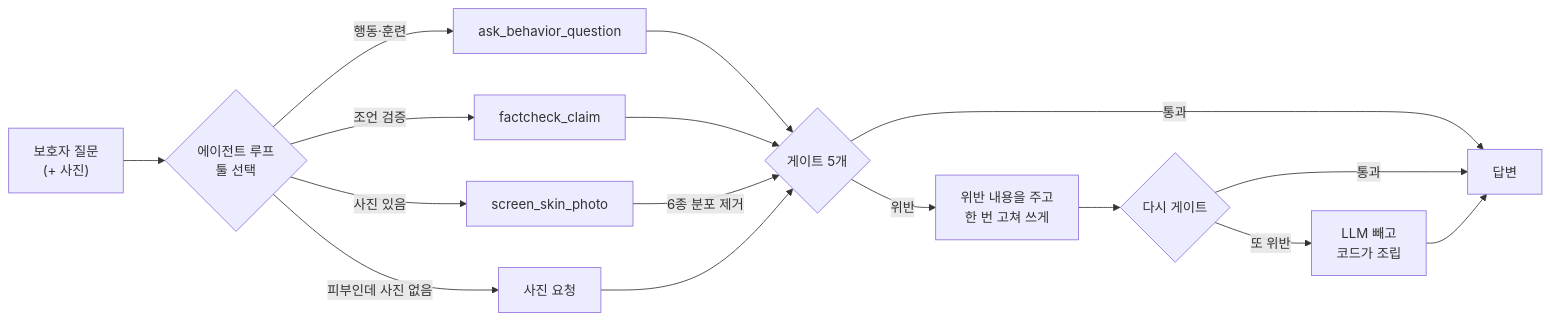
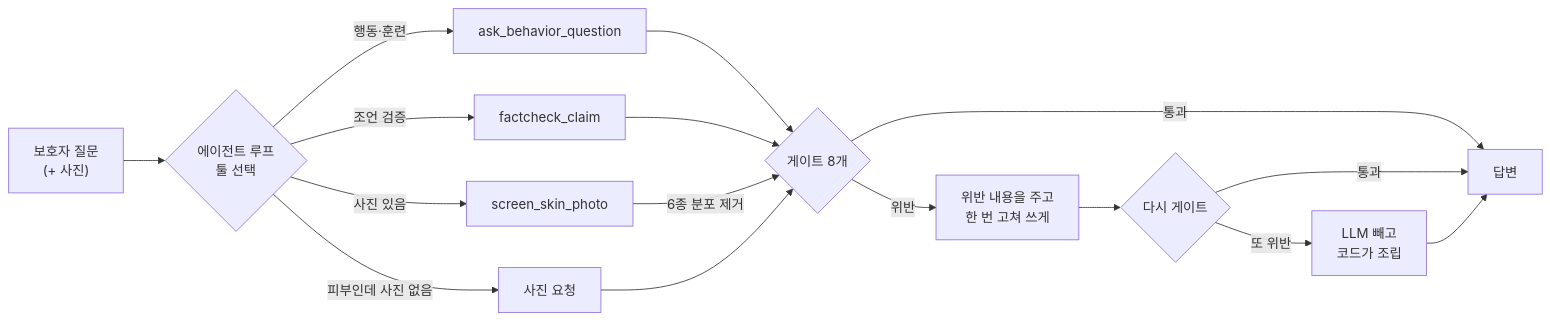
One commit to gayeoniee/dog-care-agent changed the diagram in README.md. Above: the diagram before and after it, drawn with Mermaid. The commit also changed other lines of this file and 10 other files, not shown here.

````diff
--- a/README.md
+++ b/README.md
@@ -116,18 +118,18 @@
 ```mermaid
 flowchart LR
     Q["보호자 질문<br/>(+ 사진)"] --> L{"에이전트 루프<br/>툴 선택"}
     L -->|행동·훈련| R["ask_behavior_question"]
     L -->|조언 검증| F["factcheck_claim"]
     L -->|사진 있음| S["screen_skin_photo"]
     L -->|피부인데 사진 없음| P["사진 요청"]
     R --> G
     F --> G
-    S -->|6종 분포 제거| G{"게이트 5개"}
+    S -->|6종 분포 제거| G{"게이트 8개"}
     P --> G
     G -->|통과| A["답변"]
     G -->|위반| RW["위반 내용을 주고<br/>한 번 고쳐 쓰게"]
     RW --> G2{"다시 게이트"}
     G2 -->|통과| A
     G2 -->|또 위반| C["LLM 빼고<br/>코드가 조립"]
     C --> A
 ```
````
